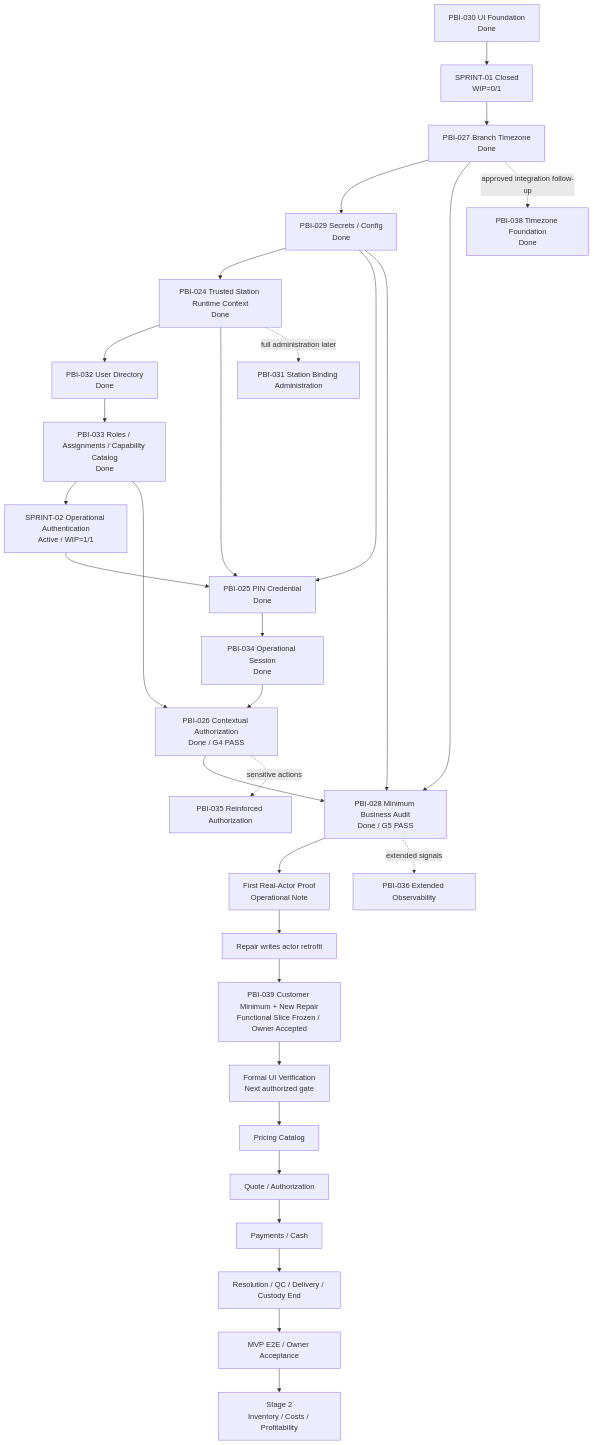
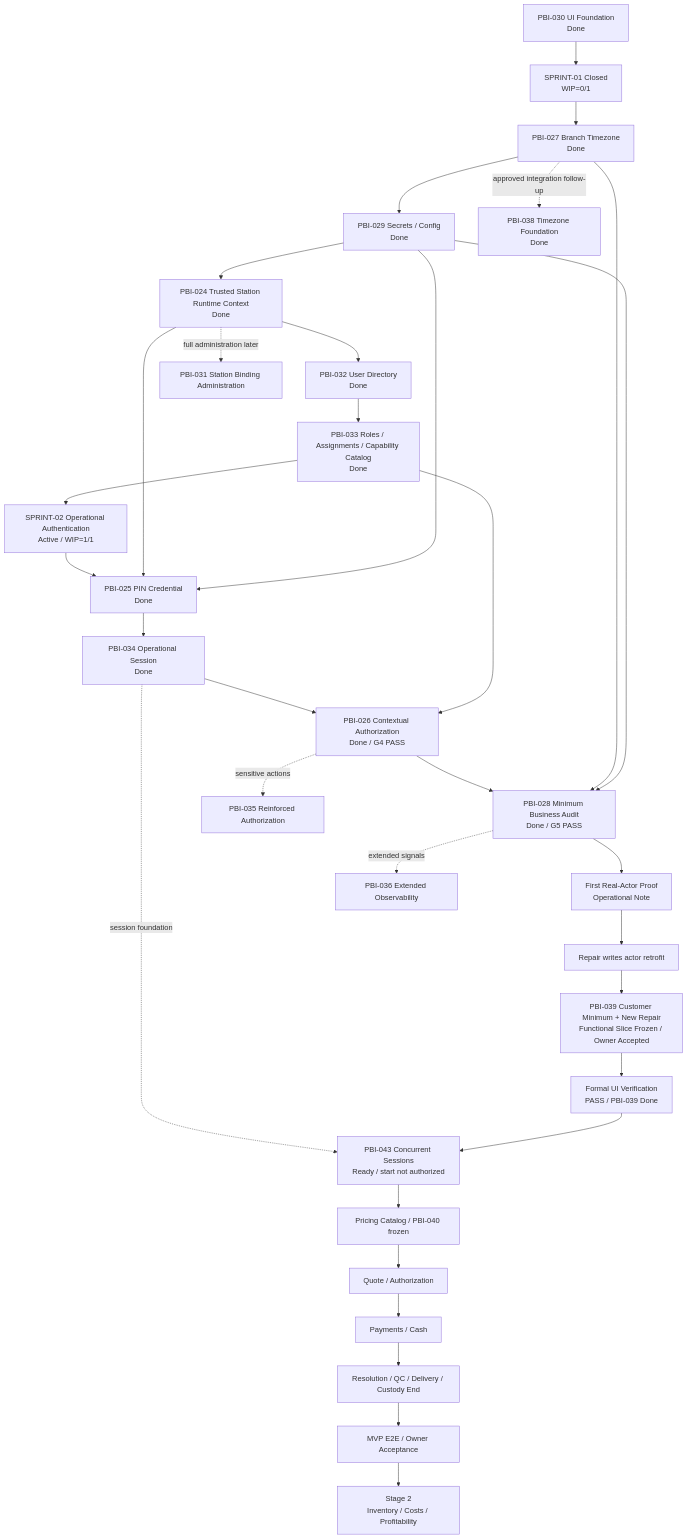
Before and after one commit to luisgtzaviles/SrTaller-2.0: the diagram in docs/backlog/DEPENDENCY_MAP.md, drawn with Mermaid. The commit also changed other lines of this file and 36 other files, not shown here.

Commit message:
docs(access): ready concurrent operational sessions

````diff
--- a/docs/backlog/DEPENDENCY_MAP.md
+++ b/docs/backlog/DEPENDENCY_MAP.md
@@ -15,33 +14,35 @@
 ```mermaid
 flowchart TD
     P30[PBI-030 UI Foundation<br/>Done] --> S1[SPRINT-01 Closed<br/>WIP=0/1]
     S1 --> P27[PBI-027 Branch Timezone<br/>Done]
     P27 --> P29[PBI-029 Secrets / Config<br/>Done]
     P29 --> P24[PBI-024 Trusted Station Runtime Context<br/>Done]
     P24 --> P32[PBI-032 User Directory<br/>Done]
     P32 --> P33[PBI-033 Roles / Assignments / Capability Catalog<br/>Done]
     P33 --> S2[SPRINT-02 Operational Authentication<br/>Active / WIP=1/1]
     S2 --> P25[PBI-025 PIN Credential<br/>Done]
     P24 --> P25
     P29 --> P25
     P25 --> P34[PBI-034 Operational Session<br/>Done]
+    P34 -. session foundation .-> P43[PBI-043 Concurrent Sessions<br/>Ready / start not authorized]
     P34 --> P26[PBI-026 Contextual Authorization<br/>Done / G4 PASS]
     P33 --> P26
     P26 --> P28[PBI-028 Minimum Business Audit<br/>Done / G5 PASS]
     P27 --> P28
     P29 --> P28
     P28 --> NOTE[First Real-Actor Proof<br/>Operational Note]
     P27 -. approved integration follow-up .-> P38[PBI-038 Timezone Foundation<br/>Done]
     NOTE --> RETRO[Repair writes actor retrofit]
     RETRO --> P39[PBI-039 Customer Minimum + New Repair<br/>Functional Slice Frozen / Owner Accepted]
-    P39 --> POLISH[Formal UI Verification<br/>Next authorized gate]
-    POLISH --> PRICING[Pricing Catalog]
+    P39 --> POLISH[Formal UI Verification<br/>PASS / PBI-039 Done]
+    POLISH --> P43
+    P43 --> PRICING[Pricing Catalog / PBI-040 frozen]
     PRICING --> QUOTE[Quote / Authorization]
     QUOTE --> MONEY[Payments / Cash]
     MONEY --> DELIVERY[Resolution / QC / Delivery / Custody End]
     DELIVERY --> MVP[MVP E2E / Owner Acceptance]
     P24 -. full administration later .-> P31[PBI-031 Station Binding Administration]
     P26 -. sensitive actions .-> P35[PBI-035 Reinforced Authorization]
     P28 -. extended signals .-> P36[PBI-036 Extended Observability]
     MVP --> STAGE2[Stage 2<br/>Inventory / Costs / Profitability]
 ```
````
